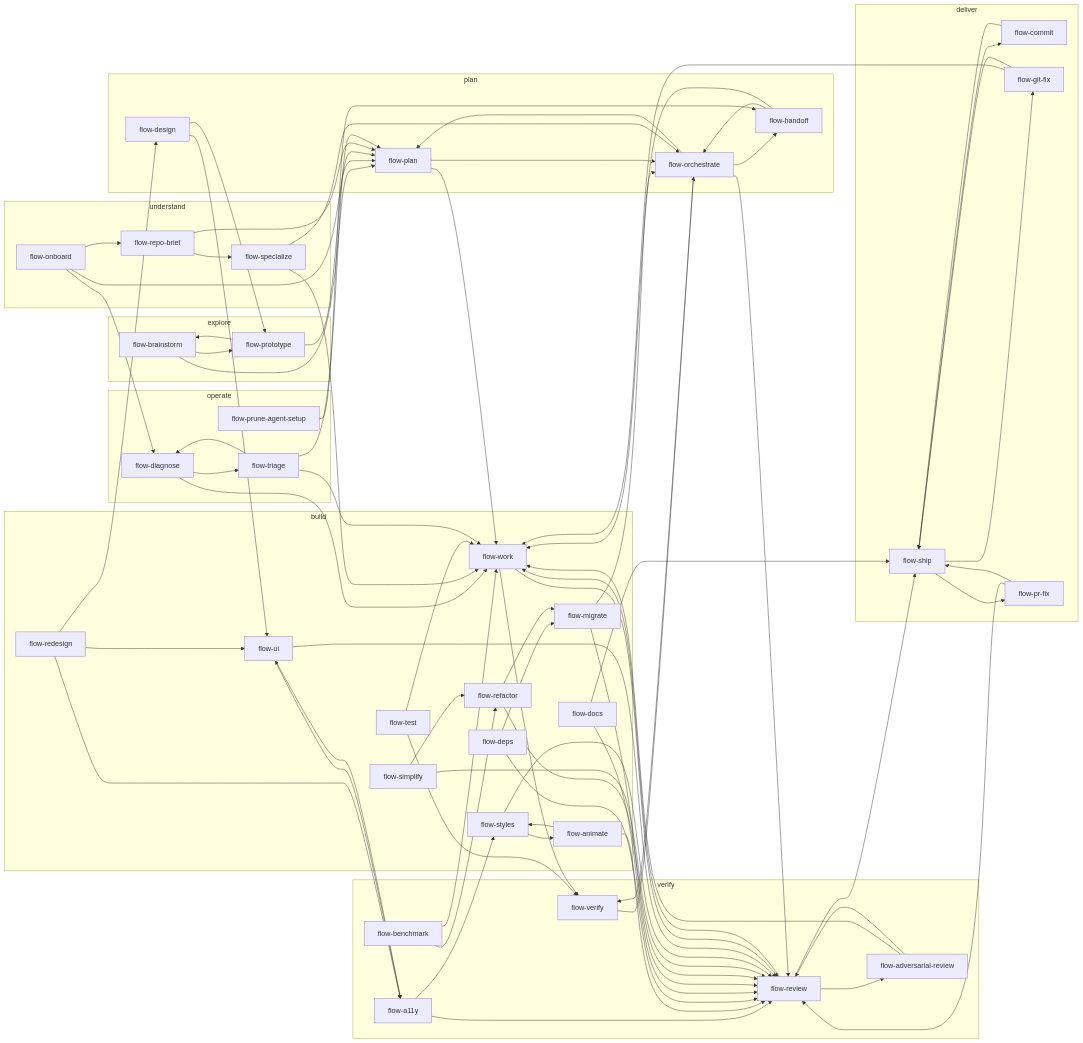
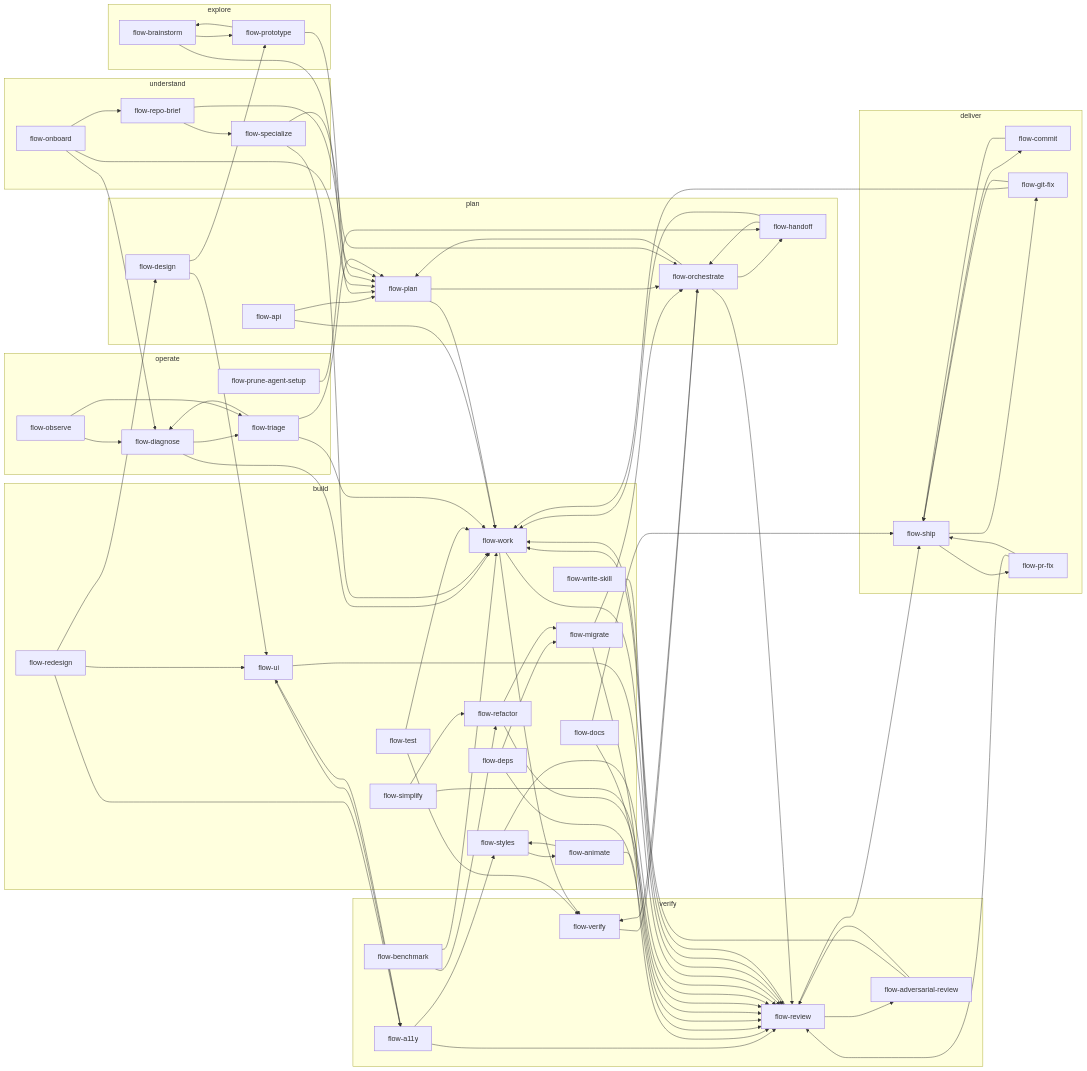
The second of 2 diagrams in docs/SKILL-MAP.md (emiliodominguez/flow-skills), drawn with Mermaid before and after one commit. The commit also changed other lines of this file and 76 other files, not shown here.

First line of the commit message:
feat(skills): add flow-api, flow-observe and flow-write-skill; trigger-first descriptions

````diff
--- a/docs/SKILL-MAP.md
+++ b/docs/SKILL-MAP.md
@@ -56,6 +56,7 @@
     flow_specialize["flow-specialize"]
   end
   subgraph stage_plan["plan"]
+    flow_api["flow-api"]
     flow_design["flow-design"]
     flow_handoff["flow-handoff"]
     flow_orchestrate["flow-orchestrate"]
@@ -73,6 +74,7 @@
     flow_test["flow-test"]
     flow_ui["flow-ui"]
     flow_work["flow-work"]
+    flow_write_skill["flow-write-skill"]
   end
   subgraph stage_verify["verify"]
     flow_a11y["flow-a11y"]
@@ -89,6 +91,7 @@
   end
   subgraph stage_operate["operate"]
     flow_diagnose["flow-diagnose"]
+    flow_observe["flow-observe"]
     flow_prune_agent_setup["flow-prune-agent-setup"]
     flow_triage["flow-triage"]
   end
@@ -99,6 +102,8 @@
   flow_adversarial_review --> flow_review
   flow_animate --> flow_styles
   flow_animate --> flow_review
+  flow_api --> flow_plan
+  flow_api --> flow_work
   flow_benchmark --> flow_work
   flow_benchmark --> flow_refactor
   flow_brainstorm --> flow_prototype
@@ -118,6 +123,8 @@
   flow_handoff --> flow_work
   flow_migrate --> flow_review
   flow_migrate --> flow_orchestrate
+  flow_observe --> flow_triage
+  flow_observe --> flow_diagnose
   flow_onboard --> flow_plan
   flow_onboard --> flow_diagnose
   flow_onboard --> flow_repo_brief
@@ -161,4 +168,5 @@
   flow_verify --> flow_orchestrate
   flow_work --> flow_review
   flow_work --> flow_verify
+  flow_write_skill --> flow_review
 ```
````
